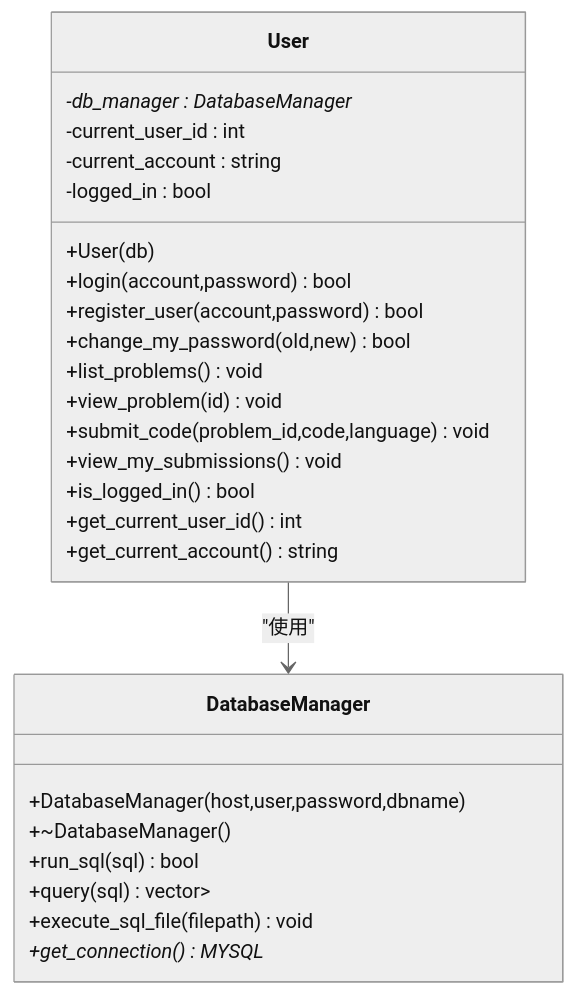
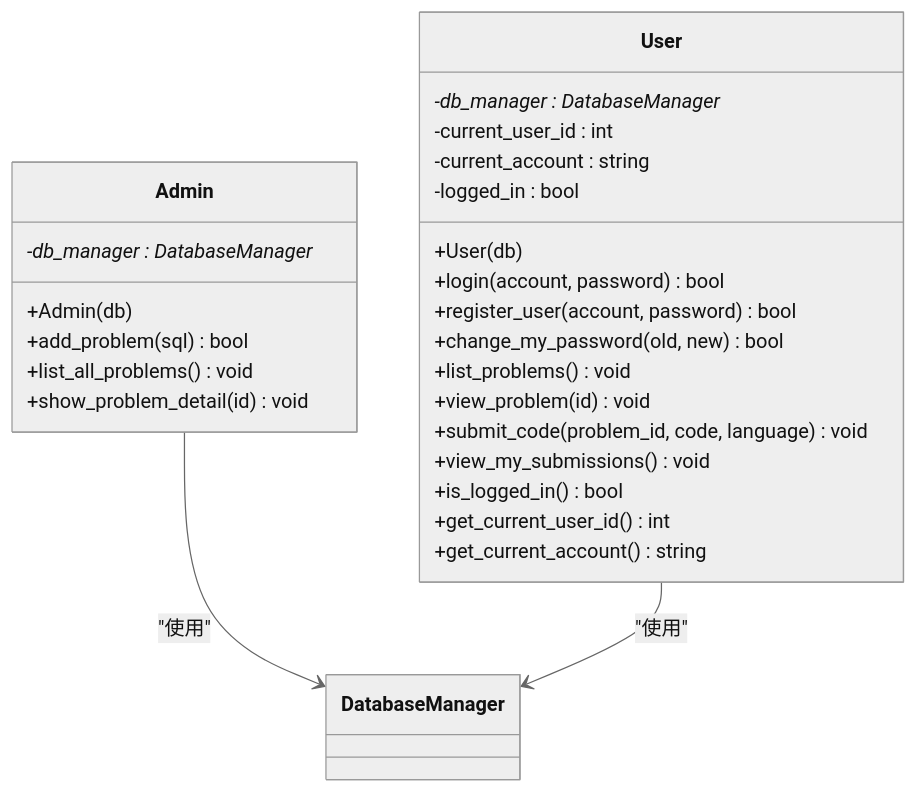
Before and after one commit to jinpeng900/OJ-Test: the seventh of 9 diagrams in .qoder/repowiki/zh/content/系统架构设计/整体架构概览.md, drawn with Mermaid (neutral theme). The commit also changed other lines of this file and 65 other files, not shown here.

````diff
--- a/.qoder/repowiki/zh/content/系统架构设计/整体架构概览.md
+++ b/.qoder/repowiki/zh/content/系统架构设计/整体架构概览.md
@@ -332,29 +310,30 @@
 ```mermaid
 classDiagram
+class Admin {
+-db_manager : DatabaseManager*
++Admin(db)
++add_problem(sql) bool
++list_all_problems() void
++show_problem_detail(id) void
+}
 class User {
+-db_manager : DatabaseManager*
+-current_user_id : int
+-current_account : string
+-logged_in : bool
 +User(db)
-+login(account,password) bool
-+register_user(account,password) bool
-+change_my_password(old,new) bool
++login(account, password) bool
++register_user(account, password) bool
++change_my_password(old, new) bool
 +list_problems() void
 +view_problem(id) void
-+submit_code(problem_id,code,language) void
++submit_code(problem_id, code, language) void
 +view_my_submissions() void
 +is_logged_in() bool
 +get_current_user_id() int
 +get_current_account() string
--db_manager : DatabaseManager*
--current_user_id : int
--current_account : string
--logged_in : bool
 }
-class DatabaseManager {
-+DatabaseManager(host,user,password,dbname)
-+~DatabaseManager()
-+run_sql(sql) bool
-+query(sql) vector<map<string,string>>
-+execute_sql_file(filepath) void
-+get_connection() MYSQL*
-}
+class DatabaseManager
+Admin --> DatabaseManager : "使用"
 User --> DatabaseManager : "使用"
 ```
````
